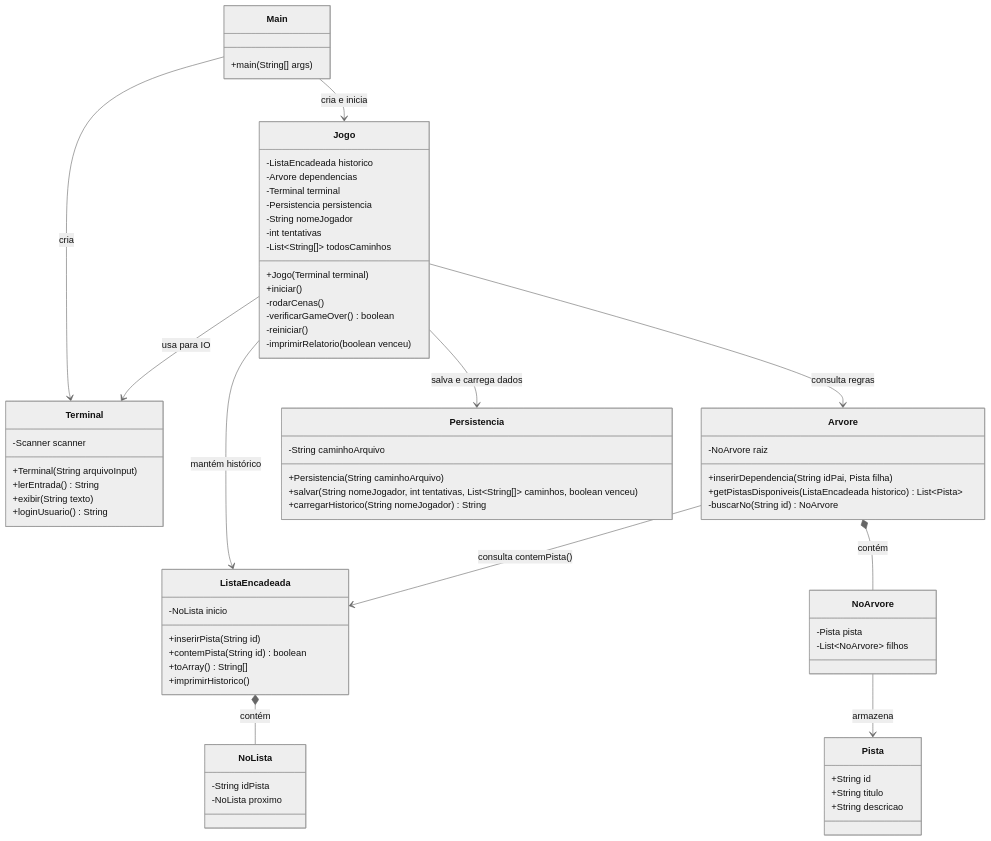
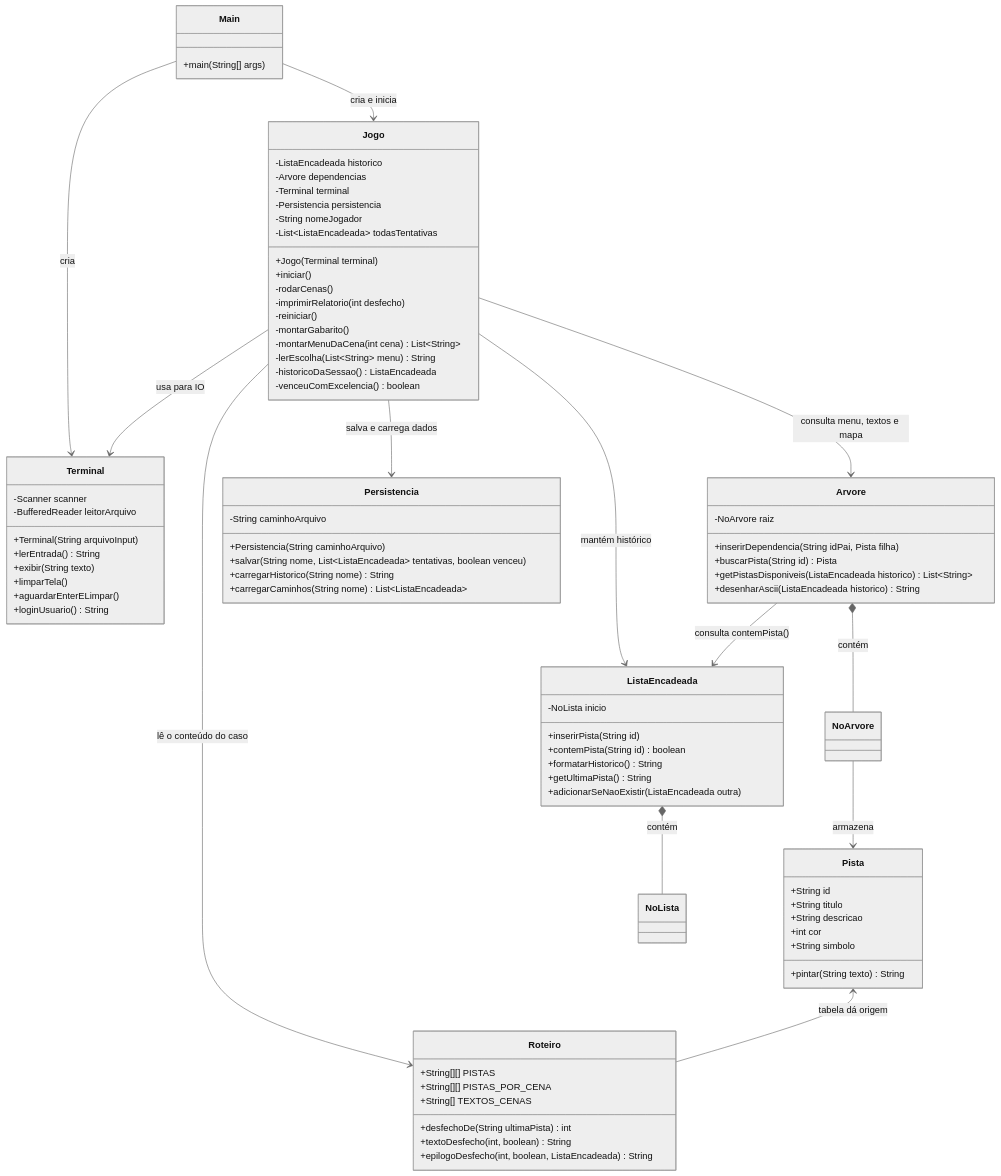
Before and after one commit to andretanuki/ProjetoEstruturaDados: the diagram in docs/Arquitetura_e_Tarefas.md, drawn with Mermaid (neutral theme). The commit also changed other lines of this file and 11 other files, not shown here.

````diff
--- a/docs/Arquitetura_e_Tarefas.md
+++ b/docs/Arquitetura_e_Tarefas.md
@@ -23,9 +56,12 @@
 
     class Terminal {
         -Scanner scanner
+        -BufferedReader leitorArquivo
         +Terminal(String arquivoInput)
         +lerEntrada() String
         +exibir(String texto)
+        +limparTela()
+        +aguardarEnterELimpar()
         +loginUsuario() String
     }
 
@@ -35,62 +71,72 @@
         -Terminal terminal
         -Persistencia persistencia
         -String nomeJogador
-        -int tentativas
-        -List~String[]~ todosCaminhos
+        -List~ListaEncadeada~ todasTentativas
         +Jogo(Terminal terminal)
         +iniciar()
         -rodarCenas()
-        -verificarGameOver() boolean
+        -imprimirRelatorio(int desfecho)
         -reiniciar()
-        -imprimirRelatorio(boolean venceu)
+        -montarGabarito()
+        -montarMenuDaCena(int cena) List~String~
+        -lerEscolha(List~String~ menu) String
+        -historicoDaSessao() ListaEncadeada
+        -venceuComExcelencia() boolean
+    }
+
+    class Roteiro {
+        +String[][] PISTAS
+        +String[][] PISTAS_POR_CENA
+        +String[] TEXTOS_CENAS
+        +desfechoDe(String ultimaPista) int
+        +textoDesfecho(int, boolean) String
+        +epilogoDesfecho(int, boolean, ListaEncadeada) String
     }
 
     class Pista {
         +String id
         +String titulo
         +String descricao
+        +int cor
+        +String simbolo
+        +pintar(String texto) String
     }
 
     class ListaEncadeada {
         -NoLista inicio
         +inserirPista(String id)
         +contemPista(String id) boolean
-        +toArray() String[]
-        +imprimirHistorico()
-    }
-
-    class NoLista {
-        -String idPista
-        -NoLista proximo
+        +formatarHistorico() String
+        +getUltimaPista() String
+        +adicionarSeNaoExistir(ListaEncadeada outra)
     }
 
     class Arvore {
         -NoArvore raiz
         +inserirDependencia(String idPai, Pista filha)
-        +getPistasDisponiveis(ListaEncadeada historico) List~Pista~
-        -buscarNo(String id) NoArvore
-    }
-
-    class NoArvore {
-        -Pista pista
-        -List~NoArvore~ filhos
+        +buscarPista(String id) Pista
+        +getPistasDisponiveis(ListaEncadeada historico) List~String~
+        +desenharAscii(ListaEncadeada historico) String
     }
 
     class Persistencia {
         -String caminhoArquivo
         +Persistencia(String caminhoArquivo)
-        +salvar(String nomeJogador, int tentativas, List~String[]~ caminhos, boolean venceu)
-        +carregarHistorico(String nomeJogador) String
+        +salvar(String nome, List~ListaEncadeada~ tentativas, boolean venceu)
+        +carregarHistorico(String nome) String
+        +carregarCaminhos(String nome) List~ListaEncadeada~
     }
 
     Main --> Terminal : cria
     Main --> Jogo : cria e inicia
     Jogo --> Terminal : usa para IO
+    Jogo --> Roteiro : lê o conteúdo do caso
     Jogo --> ListaEncadeada : mantém histórico
-    Jogo --> Arvore : consulta regras
+    Jogo --> Arvore : consulta menu, textos e mapa
     Jogo --> Persistencia : salva e carrega dados
     Arvore --> ListaEncadeada : consulta contemPista()
     ListaEncadeada *-- NoLista : contém
     Arvore *-- NoArvore : contém
     NoArvore --> Pista : armazena
+    Pista <-- Roteiro : tabela dá origem
 ```
````
